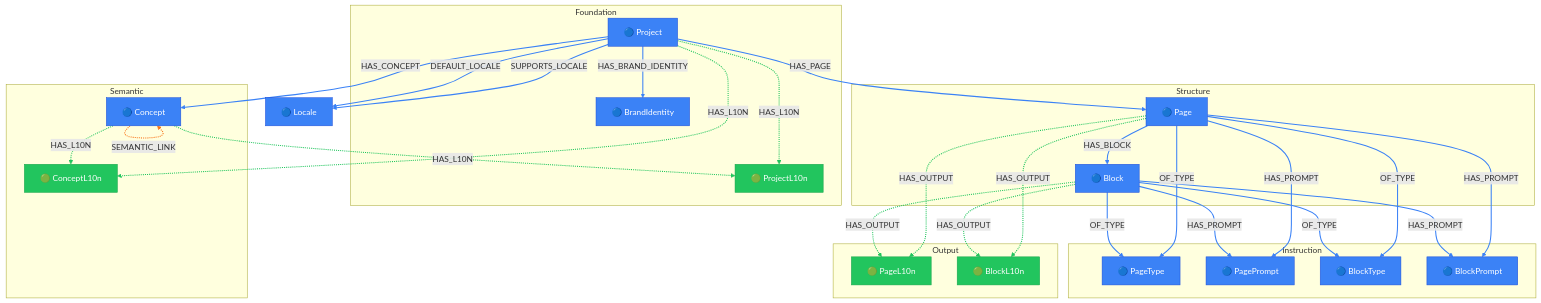
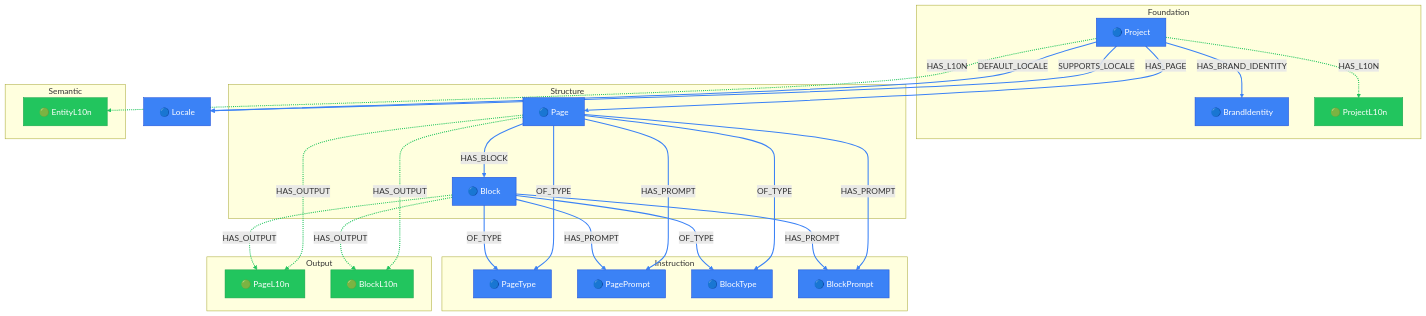
The diagram in packages/core/models/docs/project-layer.md (supernovae-st/novanet), drawn with Mermaid before and after one commit. The commit also changed other lines of this file and 42 other files, not shown here.

First line of the commit message:
refactor(core): complete v10.3 Entity-Centric Architecture cleanup

````diff
--- a/packages/core/models/docs/project-layer.md
+++ b/packages/core/models/docs/project-layer.md
@@ -33,7 +33,7 @@
 ```mermaid
 flowchart TB
   %% View: Project Layer (project-layer)
-  %% 14 nodes, 23 edges
+  %% 13 nodes, 19 edges
 
   %% Trait styling (node_trait)
   classDef invariant fill:#3b82f6,stroke:#1d4ed8,color:#fff
@@ -54,8 +54,7 @@
   end
 
   subgraph SEMANTIC["Semantic"]
-    Concept["🔵 Concept"]
-    ConceptL10n["🟢 ConceptL10n"]
+    EntityL10n["🟢 EntityL10n"]
   end
 
   subgraph INSTRUCTION["Instruction"]
@@ -80,9 +79,6 @@
   Block -->|HAS_PROMPT| PagePrompt
   Block -->|OF_TYPE| BlockType
   Block -->|OF_TYPE| PageType
-  Concept -.->|HAS_L10N| ConceptL10n
-  Concept -.->|HAS_L10N| ProjectL10n
-  Concept -.->|SEMANTIC_LINK| Concept
   Page -->|HAS_BLOCK| Block
   Page -.->|HAS_OUTPUT| BlockL10n
   Page -.->|HAS_OUTPUT| PageL10n
@@ -92,16 +88,14 @@
   Page -->|OF_TYPE| PageType
   Project -->|DEFAULT_LOCALE| Locale
   Project -->|HAS_BRAND_IDENTITY| BrandIdentity
-  Project -->|HAS_CONCEPT| Concept
-  Project -.->|HAS_L10N| ConceptL10n
+  Project -.->|HAS_L10N| EntityL10n
   Project -.->|HAS_L10N| ProjectL10n
   Project -->|HAS_PAGE| Page
   Project -->|SUPPORTS_LOCALE| Locale
 
   %% Edge colors by family
-  linkStyle 0,1,6,7,10,11,19,20 stroke:#22c55e,stroke-width:2px
-  linkStyle 2,3,4,5,9,12,13,14,15,16,17,18,21,22 stroke:#3b82f6,stroke-width:2px
-  linkStyle 8 stroke:#f97316,stroke-width:2px
+  linkStyle 0,1,7,8,15,16 stroke:#22c55e,stroke-width:2px
+  linkStyle 2,3,4,5,6,9,10,11,12,13,14,17,18 stroke:#3b82f6,stroke-width:2px
 
   %% Class assignments
   class Block invariant
@@ -109,8 +103,7 @@
   class BlockPrompt invariant
   class BlockType invariant
   class BrandIdentity invariant
-  class Concept invariant
-  class ConceptL10n localized
+  class EntityL10n localized
   class Locale invariant
   class Page invariant
   class PageL10n localized
````
